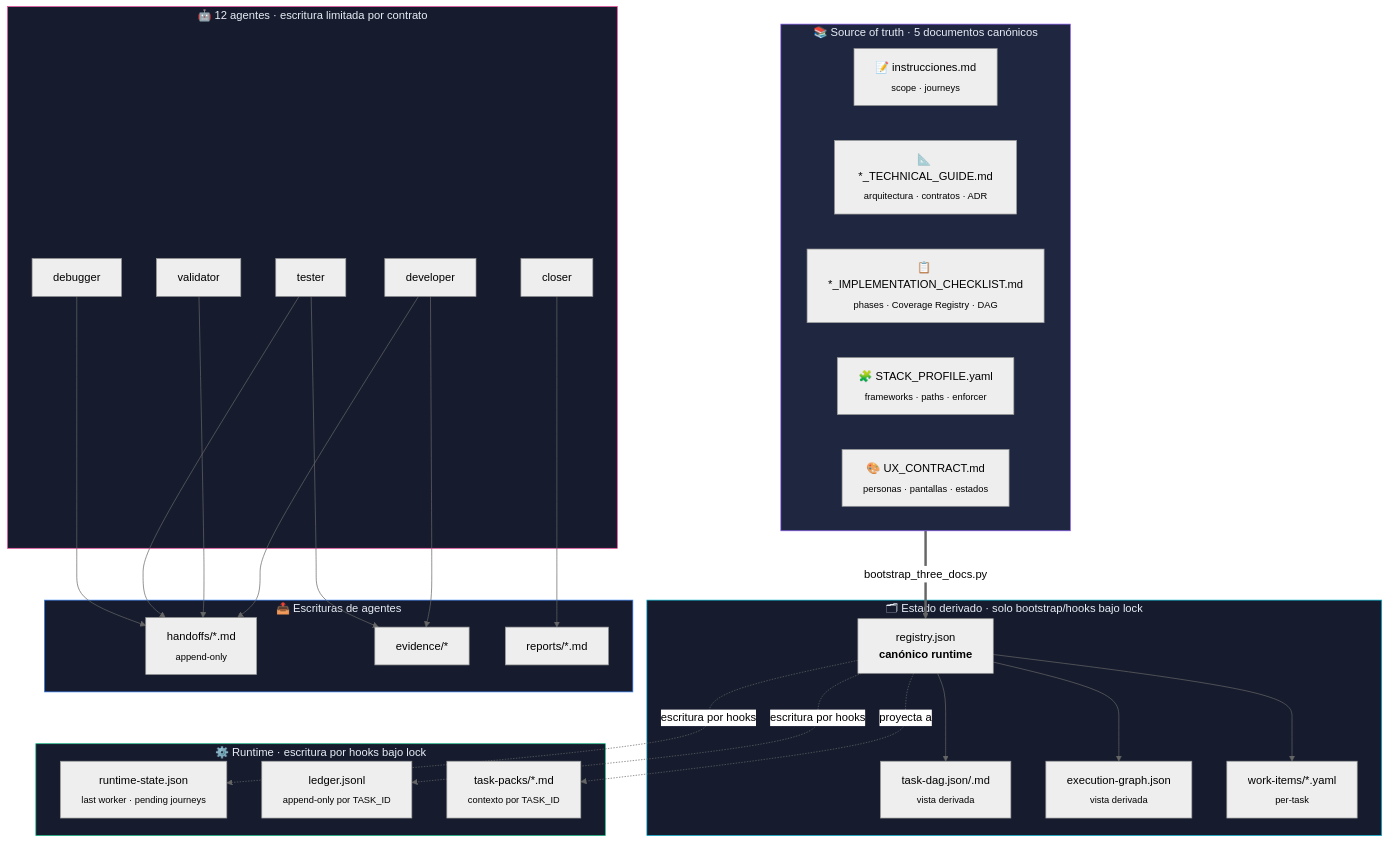
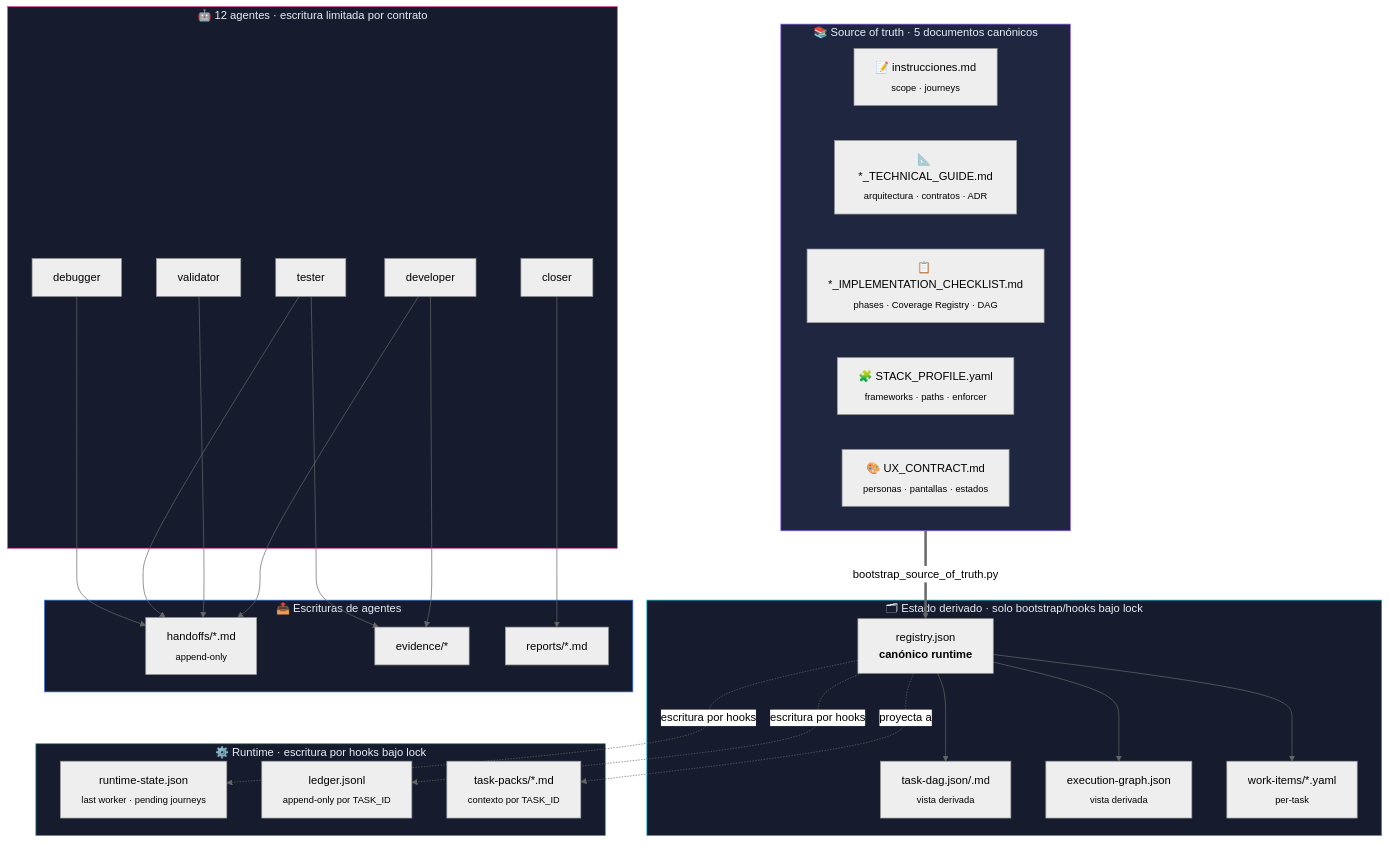
One commit to sergiolrinditex/React-Python-Login-Admin changed the first of 8 diagrams in site/diagrams/arquitectura.md. Above: the diagram before and after it, drawn with Mermaid (neutral theme). The commit also changed 34 other files, not shown here.

First line of the commit message:
ci: sweep residual bootstrap_three_docs references across repo

````diff
--- a/site/diagrams/arquitectura.md
+++ b/site/diagrams/arquitectura.md
@@ -15,59 +15,59 @@
 ```mermaid
 flowchart TB
     subgraph SOT[📚 Source of truth · 5 documentos canónicos]
         I[📝 instrucciones.md<br><sub>scope · journeys</sub>]
         TG[📐 *_TECHNICAL_GUIDE.md<br><sub>arquitectura · contratos · ADR</sub>]
         CL[📋 *_IMPLEMENTATION_CHECKLIST.md<br><sub>phases · Coverage Registry · DAG</sub>]
         SP[🧩 STACK_PROFILE.yaml<br><sub>frameworks · paths · enforcer</sub>]
         UX[🎨 UX_CONTRACT.md<br><sub>personas · pantallas · estados</sub>]
     end
 
     subgraph DERIVED[🗂 Estado derivado · solo bootstrap/hooks bajo lock]
         REG[registry.json<br><b>canónico runtime</b>]
         DAG[task-dag.json/.md<br><sub>vista derivada</sub>]
         EG[execution-graph.json<br><sub>vista derivada</sub>]
         WI[work-items/*.yaml<br><sub>per-task</sub>]
     end
 
     subgraph RUNTIME[⚙️ Runtime · escritura por hooks bajo lock]
         RS[runtime-state.json<br><sub>last worker · pending journeys</sub>]
         LED[ledger.jsonl<br><sub>append-only por TASK_ID</sub>]
         TP[task-packs/*.md<br><sub>contexto por TASK_ID</sub>]
     end
 
     subgraph AGENTS[🤖 12 agentes · escritura limitada por contrato]
         DEV[developer]
         VAL[validator]
         TST[tester]
         DBG[debugger]
         CLO[closer]
     end
 
     subgraph WRITES[📤 Escrituras de agentes]
         HO[handoffs/*.md<br><sub>append-only</sub>]
         EV[evidence/*]
         REP[reports/*.md]
     end
 
-    SOT == bootstrap_three_docs.py ==> REG
+    SOT == bootstrap_source_of_truth.py ==> REG
     REG --> DAG
     REG --> EG
     REG --> WI
     REG -.escritura por hooks.-> RS
     REG -.escritura por hooks.-> LED
     REG -.proyecta a.-> TP
 
     DEV --> HO
     VAL --> HO
     TST --> HO
     DBG --> HO
     CLO --> REP
     DEV --> EV
     TST --> EV
 
     style SOT fill:#1f2740,stroke:#8b5cf6,color:#e8ecf5
     style DERIVED fill:#161c2e,stroke:#06b6d4,color:#e8ecf5
     style RUNTIME fill:#161c2e,stroke:#10b981,color:#e8ecf5
     style AGENTS fill:#161c2e,stroke:#ec4899,color:#e8ecf5
     style WRITES fill:#161c2e,stroke:#3b82f6,color:#e8ecf5
 ```
````
